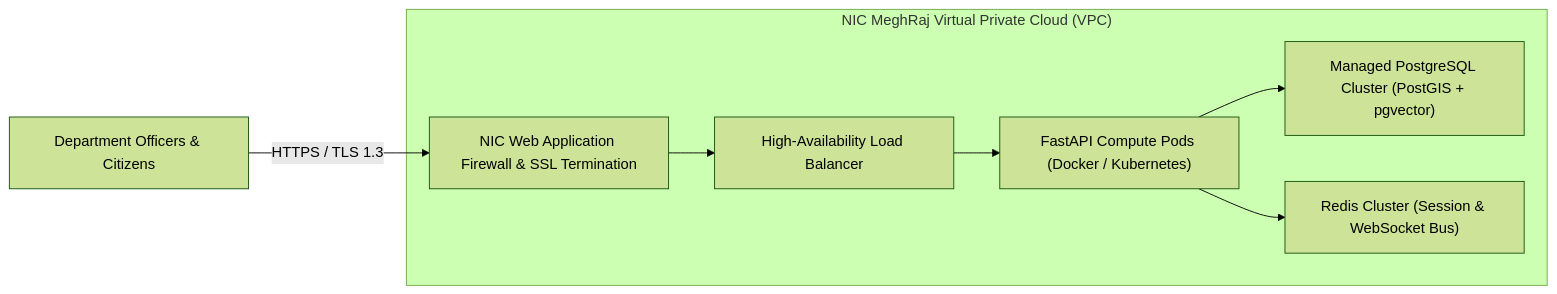
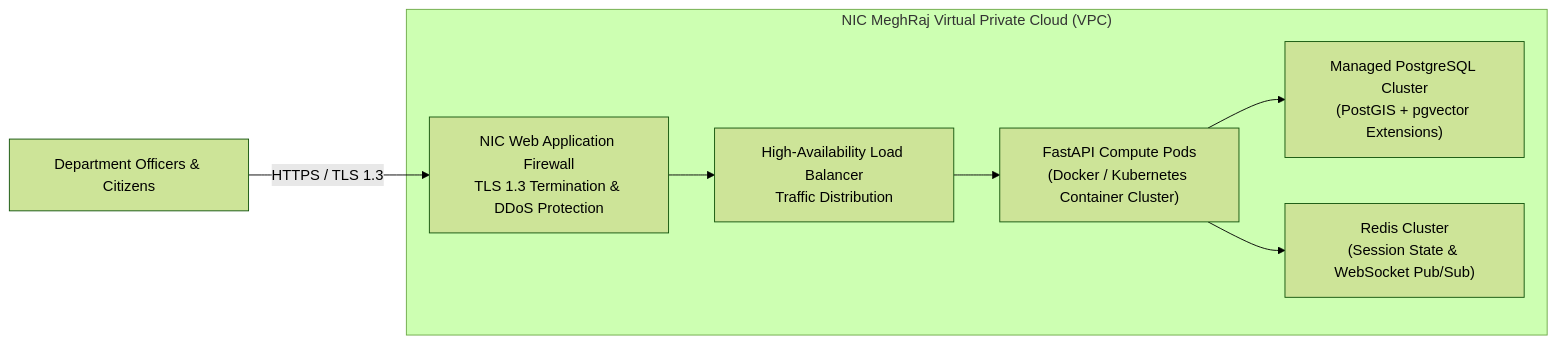
The fifth of 5 diagrams in README.md (ayushjagtap2022/Land-Governance-Platform), drawn with Mermaid (forest theme) before and after one commit. The commit also changed other lines of this file and 9 other files, not shown here.

Commit message:
docs: overhaul README with architecture diagrams, eval plots, and developer workflows

````diff
--- a/README.md
+++ b/README.md
@@ -351,16 +622,16 @@
 ```mermaid
 graph LR
     subgraph NIC_MeghRaj ["NIC MeghRaj Virtual Private Cloud (VPC)"]
-        WAF["NIC Web Application Firewall & SSL Termination"]
-        LB["High-Availability Load Balancer"]
-        AppSrv["FastAPI Compute Pods (Docker / Kubernetes)"]
-        Postgres["Managed PostgreSQL Cluster (PostGIS + pgvector)"]
-        RedisNode["Redis Cluster (Session & WebSocket Bus)"]
+        WAF["NIC Web Application Firewall<br/>TLS 1.3 Termination & DDoS Protection"]
+        LB["High-Availability Load Balancer<br/>Traffic Distribution"]
+        AppSrv["FastAPI Compute Pods<br/>(Docker / Kubernetes Container Cluster)"]
+        Postgres["Managed PostgreSQL Cluster<br/>(PostGIS + pgvector Extensions)"]
+        RedisNode["Redis Cluster<br/>(Session State & WebSocket Pub/Sub)"]
     end
 
     Users["Department Officers & Citizens"] -->|"HTTPS / TLS 1.3"| WAF
     WAF --> LB
     LB --> AppSrv
     AppSrv --> Postgres
     AppSrv --> RedisNode
 ```
````
